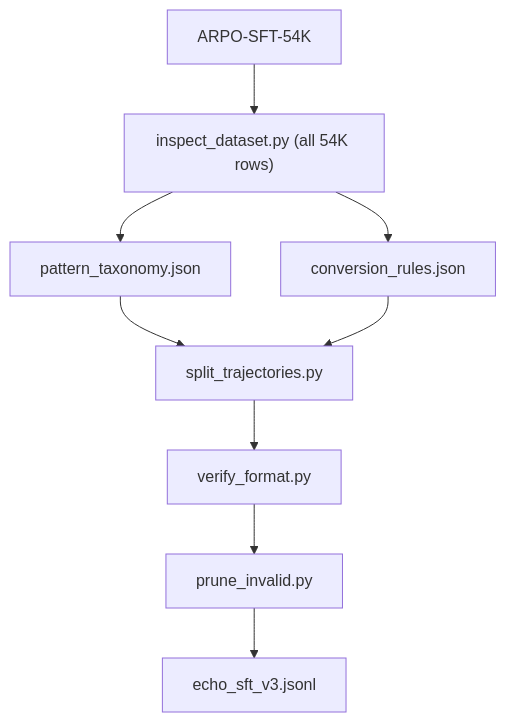
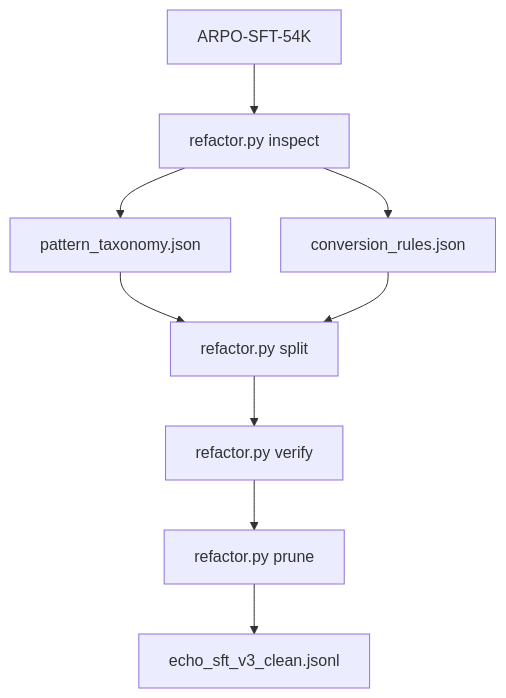
The diagram in scripts/sft_refactor/sft_refactor_plan.md (SaratBobbili/arpo-lens), drawn with Mermaid before and after one commit. The commit also changed other lines of this file and 11 other files, not shown here.

````diff
--- a/scripts/sft_refactor/sft_refactor_plan.md
+++ b/scripts/sft_refactor/sft_refactor_plan.md
@@ -28,11 +55,11 @@
 ```mermaid
 flowchart TB
-    A[ARPO-SFT-54K] --> B["inspect_dataset.py (all 54K rows)"]
+    A[ARPO-SFT-54K] --> B["refactor.py inspect"]
     B --> B1[pattern_taxonomy.json]
     B --> B2[conversion_rules.json]
-    B1 --> C[split_trajectories.py]
+    B1 --> C["refactor.py split"]
     B2 --> C
-    C --> D[verify_format.py]
-    D --> E[prune_invalid.py]
-    E --> F[echo_sft_v3.jsonl]
+    C --> D["refactor.py verify"]
+    D --> E["refactor.py prune"]
+    E --> F[echo_sft_v3_clean.jsonl]
 ```
````
